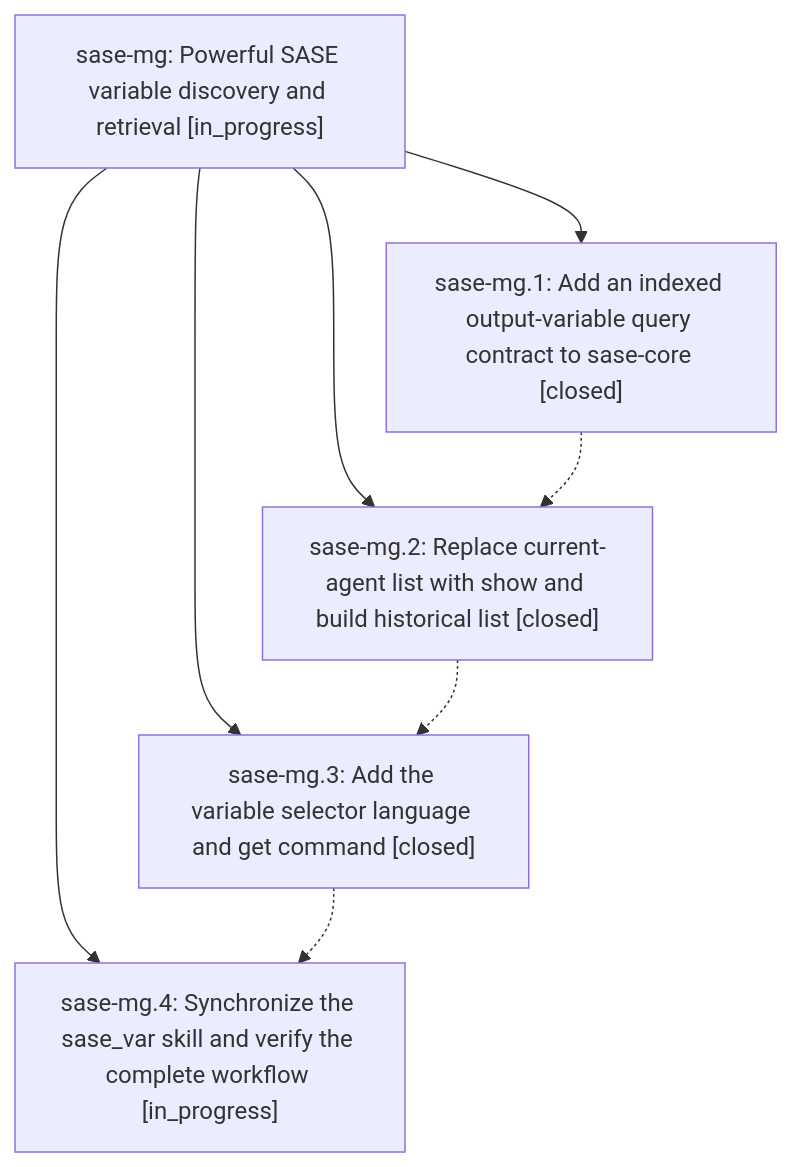
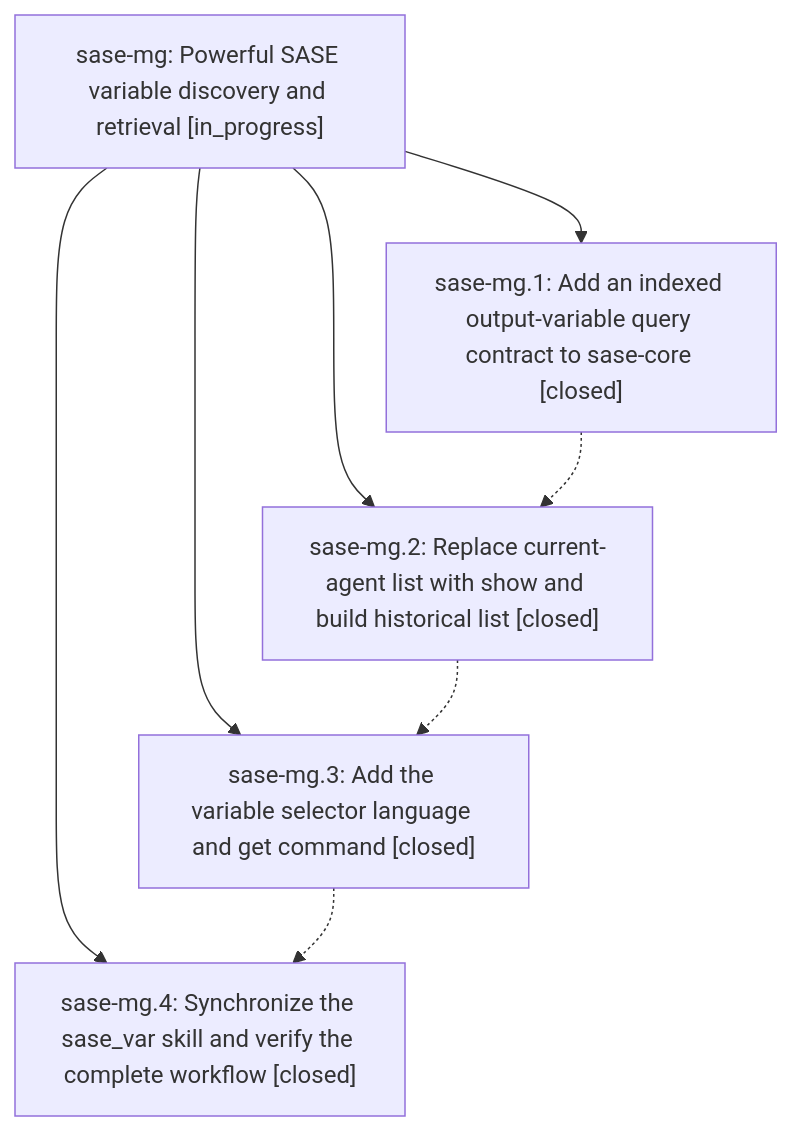
One commit to sase-org/sase--beads changed the diagram in pages/sase-mg/README.md. Above: the diagram before and after it, drawn with Mermaid. The commit also changed other lines of this file and 2 other files, not shown here.

First line of the commit message:
chore(beads): sync bead state and pages for sase-mg

````diff
--- a/pages/sase-mg/README.md
+++ b/pages/sase-mg/README.md
@@ -25,15 +25,15 @@
 ```mermaid
 flowchart TD
     n0["sase-mg: Powerful SASE variable discovery and retrieval [in_progress]"]
     n1["sase-mg.1: Add an indexed output-variable query contract to sase-core [closed]"]
     n2["sase-mg.2: Replace current-agent list with show and build historical list [closed]"]
     n3["sase-mg.3: Add the variable selector language and get command [closed]"]
-    n4["sase-mg.4: Synchronize the sase_var skill and verify the complete workflow [in_progress]"]
+    n4["sase-mg.4: Synchronize the sase_var skill and verify the complete workflow [closed]"]
     n0 --> n1
     n0 --> n2
     n0 --> n3
     n0 --> n4
     n1 -.-> n2
     n2 -.-> n3
     n3 -.-> n4
 ```
````
